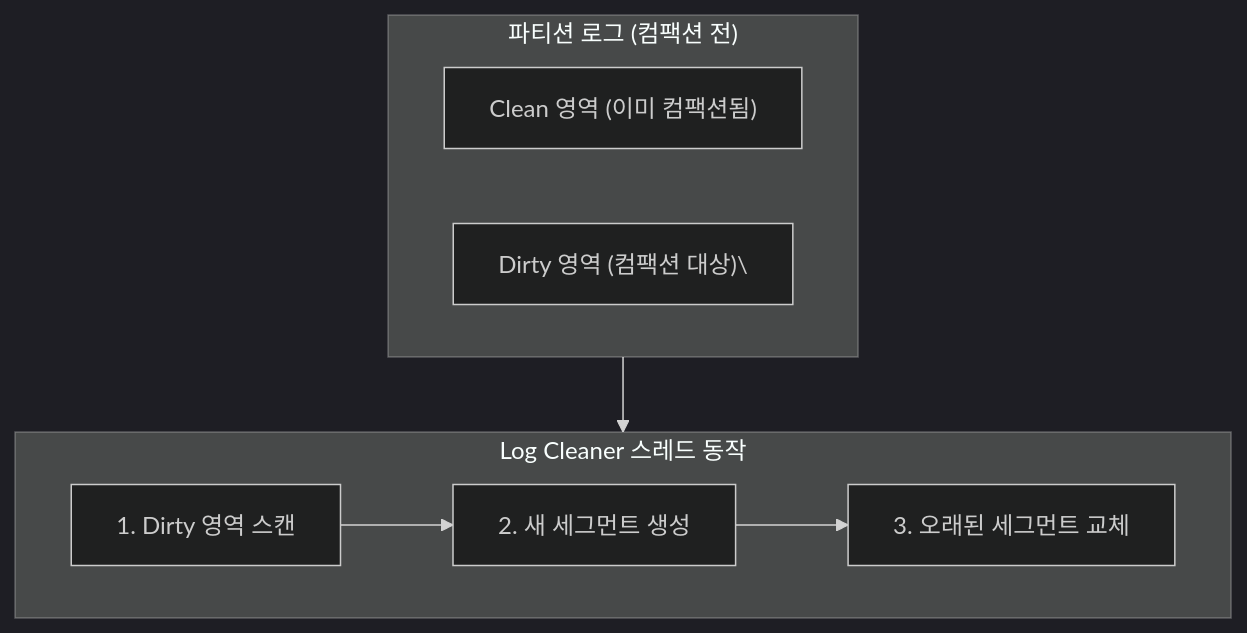
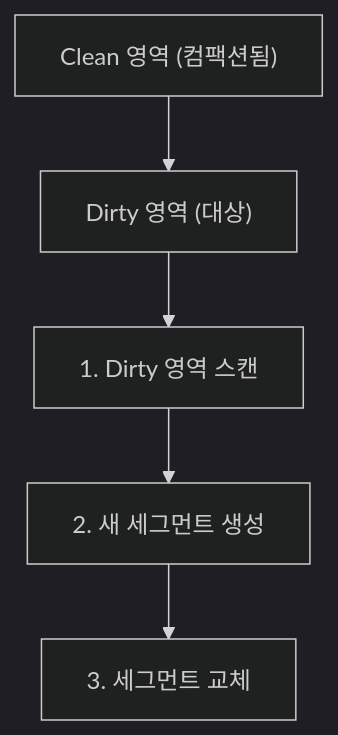
Diagram 19 of 21 in _posts/kafka/2026-05-01-kafka-internals.md (yjkim2015/yjkim2015.github.io), drawn with Mermaid (dark theme) before and after one commit. The commit also changed other lines of this file and 155 other files, not shown here.

First line of the commit message:
Mermaid 전면 수정: subgraph 제거, participant/노드/줄수 축소 (342블록)

````diff
--- a/_posts/kafka/2026-05-01-kafka-internals.md
+++ b/_posts/kafka/2026-05-01-kafka-internals.md
@@ -575,14 +553,7 @@
 ```mermaid
 graph TD
-    subgraph before["파티션 로그 (컴팩션 전)"]
-        CLEAN["Clean 영역 (이미 컴팩션됨)"]
-        DIRTY["Dirty 영역 (컴팩션 대상)\"]
-    end
-    subgraph process["Log Cleaner 스레드 동작"]
-        SCAN["1. Dirty 영역 스캔"]
-        NEW["2. 새 세그먼트 생성"]
-        REPLACE["3. 오래된 세그먼트 교체"]
-        SCAN --> NEW --> REPLACE
-    end
-    before --> process
+    CLEAN["Clean 영역 (컴팩션됨)"] --> DIRTY["Dirty 영역 (대상)"]
+    DIRTY --> SCAN["1. Dirty 영역 스캔"]
+    SCAN --> NEW["2. 새 세그먼트 생성"]
+    NEW --> REPLACE["3. 세그먼트 교체"]
 ```
````
